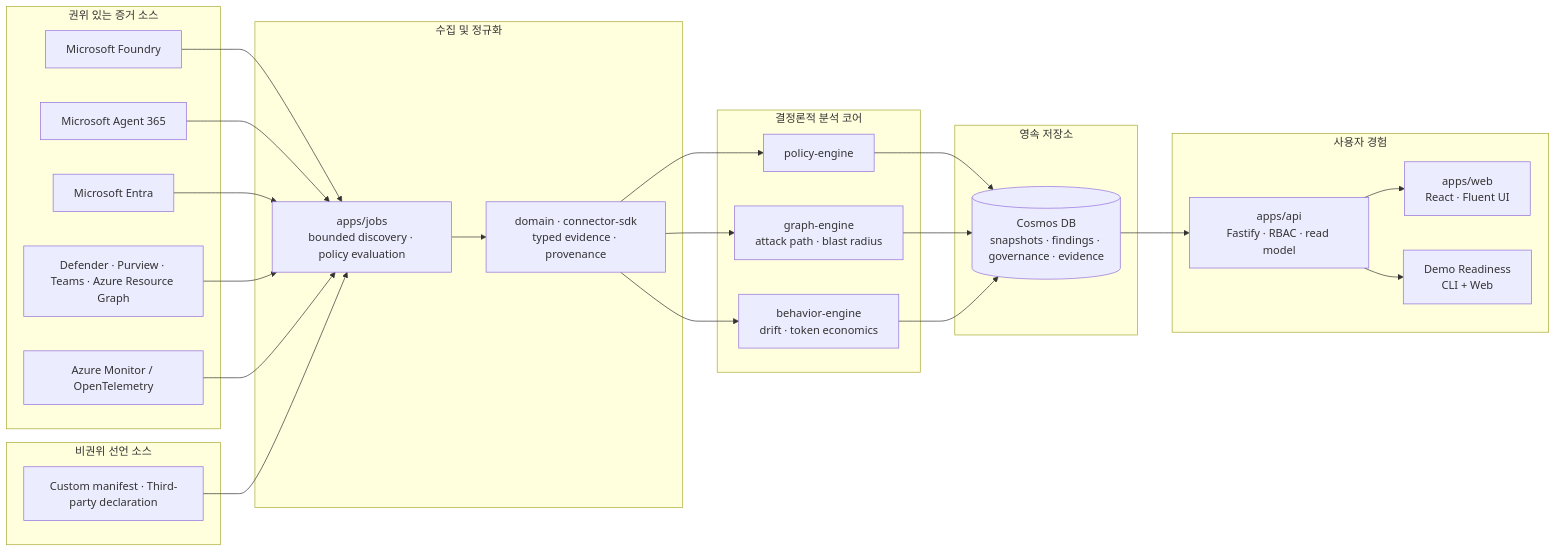
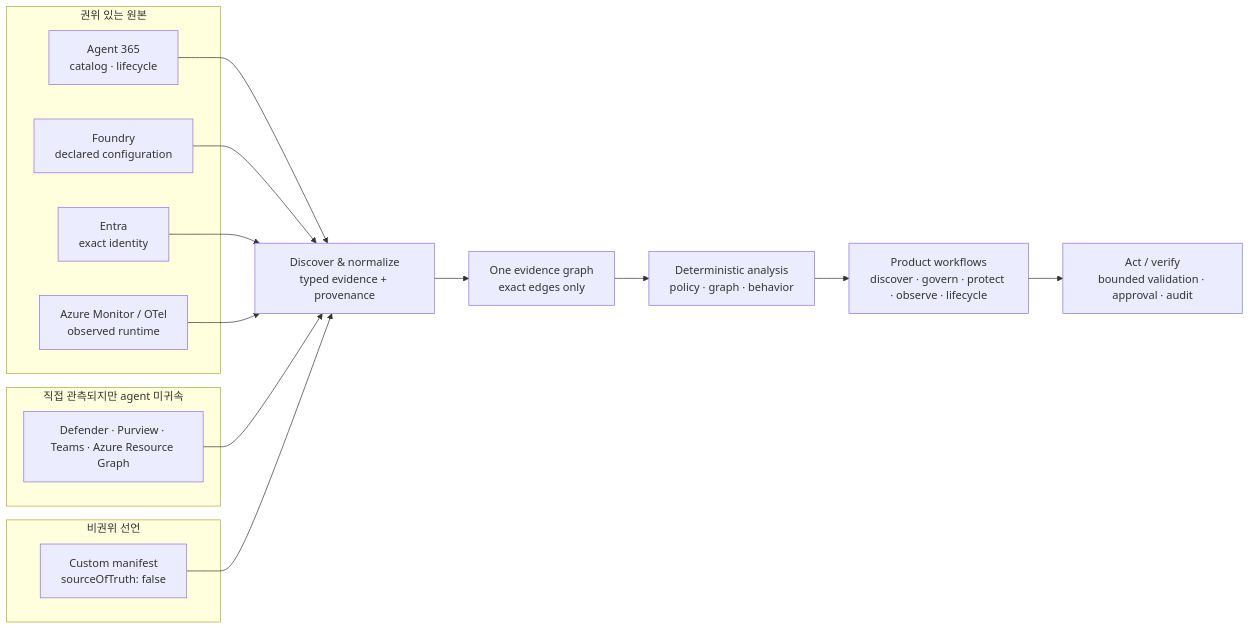
The diagram in README.md (YOONPYOGitHub/agent-sentinel), drawn with Mermaid before and after one commit. The commit also changed other lines of this file and 2 other files, not shown here.

Commit message:
docs: redesign README around product value

````diff
--- a/README.md
+++ b/README.md
@@ -84,43 +84,23 @@
 ```mermaid
 flowchart LR
-    subgraph Sources["권위 있는 증거 소스"]
-        F["Microsoft Foundry"]
-        A365["Microsoft Agent 365"]
-        E["Microsoft Entra"]
-        GOV["Defender · Purview · Teams · Azure Resource Graph"]
-        OTEL["Azure Monitor / OpenTelemetry"]
+    subgraph A["권위 있는 원본"]
+        A365["Agent 365<br/>catalog · lifecycle"]
+        F["Foundry<br/>declared configuration"]
+        E["Entra<br/>exact identity"]
+        O["Azure Monitor / OTel<br/>observed runtime"]
     end
 
-    subgraph Declared["비권위 선언 소스"]
-        EXT["Custom manifest · Third-party declaration"]
+    subgraph U["직접 관측되지만 agent 미귀속"]
+        D["Defender · Purview · Teams · Azure Resource Graph"]
     end
 
-    subgraph Ingestion["수집 및 정규화"]
-        JOBS["apps/jobs<br/>bounded discovery · policy evaluation"]
-        DOMAIN["domain · connector-sdk<br/>typed evidence · provenance"]
+    subgraph N["비권위 선언"]
+        M["Custom manifest<br/>sourceOfTruth: false"]
     end
 
-    subgraph Core["결정론적 분석 코어"]
-        POLICY["policy-engine"]
-        GRAPH["graph-engine<br/>attack path · blast radius"]
-        BEHAVIOR["behavior-engine<br/>drift · token economics"]
-    end
-
-    subgraph Store["영속 저장소"]
-        COSMOS[("Cosmos DB<br/>snapshots · findings · governance · evidence")]
-    end
-
-    subgraph Experience["사용자 경험"]
-        API["apps/api<br/>Fastify · RBAC · read model"]
-        WEB["apps/web<br/>React · Fluent UI"]
-        READY["Demo Readiness<br/>CLI + Web"]
-    end
-
-    F & A365 & E & GOV & OTEL & EXT --> JOBS
-    JOBS --> DOMAIN --> POLICY
-    DOMAIN --> GRAPH
-    DOMAIN --> BEHAVIOR
-    POLICY & GRAPH & BEHAVIOR --> COSMOS
-    COSMOS --> API --> WEB
-    API --> READY
+    A365 & F & E & O & D & M --> I["Discover & normalize<br/>typed evidence + provenance"]
+    I --> G["One evidence graph<br/>exact edges only"]
+    G --> P["Deterministic analysis<br/>policy · graph · behavior"]
+    P --> X["Product workflows<br/>discover · govern · protect · observe · lifecycle"]
+    X --> V["Act / verify<br/>bounded validation · approval · audit"]
 ```
````
